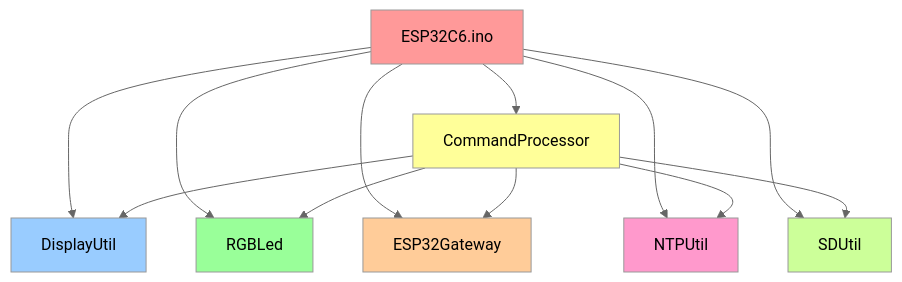
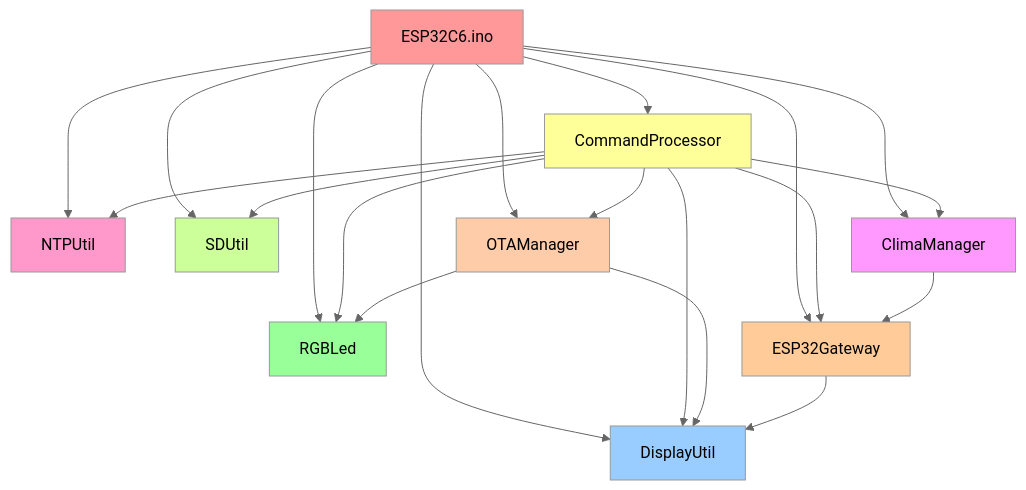
One commit to paulocfmarques-collab/esp32C6 changed diagram 12 of 12 in README.md. Above: the diagram before and after it, drawn with Mermaid (neutral theme). The commit also changed other lines of this file, not shown here.

Commit message:
docs: complete README upgrade with ClimaManager and OTAManager documentation

````diff
--- a/README.md
+++ b/README.md
@@ -470,25 +836,36 @@
 ```mermaid
 graph TD
     Main["ESP32C6.ino"]
     
     Main --> Display["DisplayUtil"]
     Main --> LED["RGBLed"]
     Main --> Gateway["ESP32Gateway"]
     Main --> NTP["NTPUtil"]
     Main --> SD["SDUtil"]
     Main --> CMD["CommandProcessor"]
+    Main --> Weather["ClimaManager"]
+    Main --> OTA["OTAManager"]
     
     CMD --> Display
     CMD --> Gateway
     CMD --> NTP
     CMD --> LED
     CMD --> SD
+    CMD --> Weather
+    CMD --> OTA
+    
+    Weather --> Gateway
+    OTA --> Display
+    OTA --> LED
+    Gateway --> Display
     
     style Main fill:#ff9999
     style Display fill:#99ccff
     style LED fill:#99ff99
     style Gateway fill:#ffcc99
     style NTP fill:#ff99cc
     style SD fill:#ccff99
     style CMD fill:#ffff99
+    style Weather fill:#ff99ff
+    style OTA fill:#ffccaa
 ```
````
